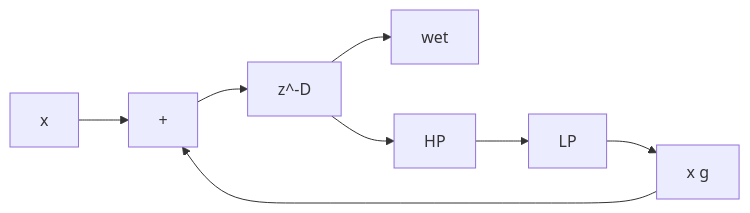
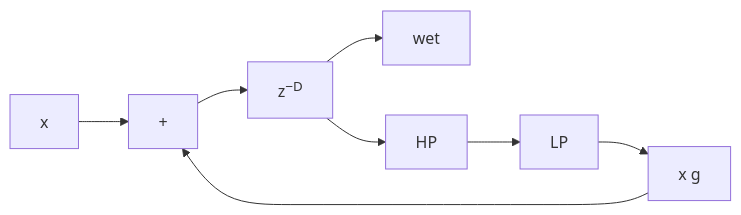
Before and after one commit to TomHsieh300/DAW-for-fun: the second of 4 diagrams in lessons/09-delay/README.md, drawn with Mermaid. The commit also changed other lines of this file and 19 other files, not shown here.

First line of the commit message:
lessons: typeset subscripts and superscripts in Mermaid labels

````diff
--- a/lessons/09-delay/README.md
+++ b/lessons/09-delay/README.md
@@ -293,10 +293,10 @@
 ```mermaid
 flowchart LR
     X["x"] --> ADD["#43;"]
-    ADD --> DL["z^-D"]
+    ADD --> DL["z<sup>−D</sup>"]
     DL --> WET["wet"]
     DL --> HP["HP"]
     HP --> LP["LP"]
     LP --> FB["x g"]
     FB --> ADD
 ```
````
